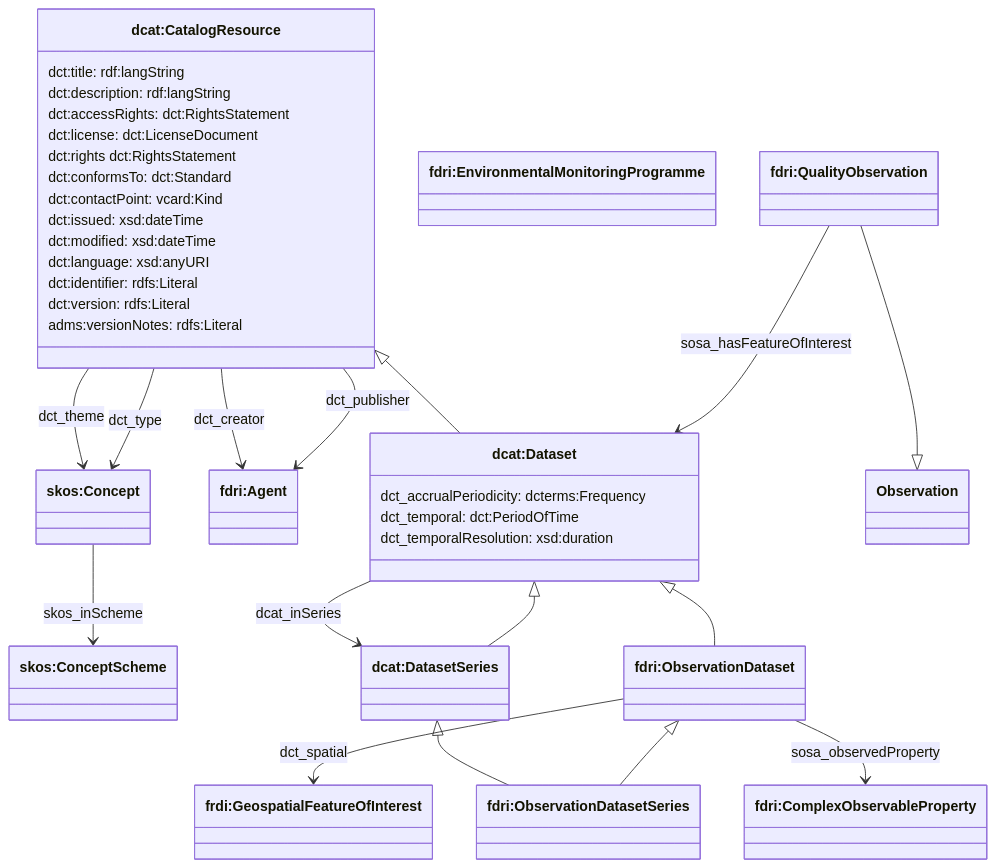
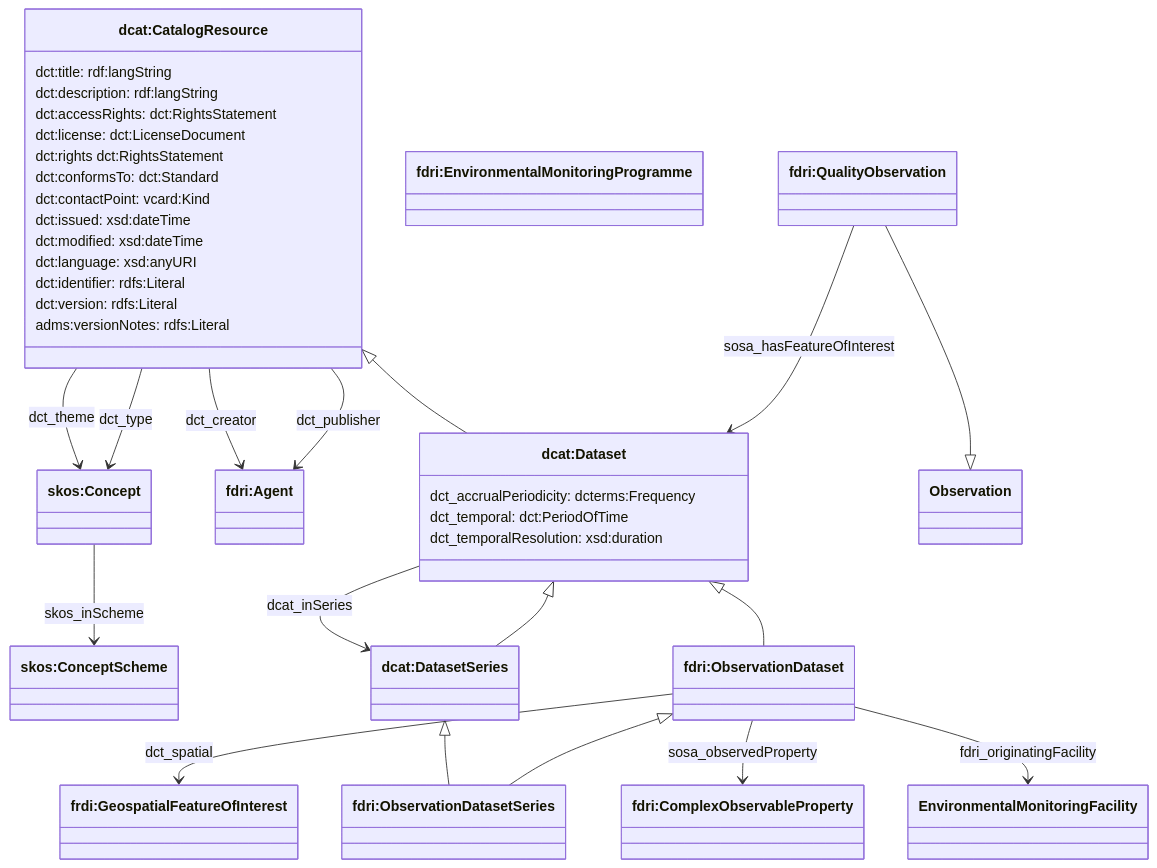
One commit to NERC-CEH/fdri-ontology changed the third of 3 diagrams in ontology/doc/high-level-catalog-structure.md. Above: the diagram before and after it, drawn with Mermaid. The commit also changed other lines of this file and 2 other files, not shown here.

Commit message:
Add fdri:originatingFacility property to ObservationDataset

````diff
--- a/ontology/doc/high-level-catalog-structure.md
+++ b/ontology/doc/high-level-catalog-structure.md
@@ -111,54 +113,55 @@
 ```mermaid
   classDiagram
   class CatalogResource["dcat:CatalogResource"]
   class Concept["skos:Concept"]
   class ConceptScheme["skos:ConceptScheme"]
   class ObservedProperty["fdri:ComplexObservableProperty"]
   class Program["fdri:EnvironmentalMonitoringProgramme"]
   class Agent["fdri:Agent"]
   class GeospatialFeatureOfInterest["frdi:GeospatialFeatureOfInterest"]
   class QualityObservation["fdri:QualityObservation"]
   class Dataset["dcat:Dataset"]
   class ObservationDataset["fdri:ObservationDataset"]
   class ObservationDatasetSeries["fdri:ObservationDatasetSeries"]
   class DatasetSeries["dcat:DatasetSeries"]
   class Dataset {
     dct_accrualPeriodicity: dcterms:Frequency
     dct_temporal: dct:PeriodOfTime
     dct_temporalResolution: xsd:duration
   }
   class CatalogResource {
     dct:title: rdf:langString
     dct:description: rdf:langString
 
     dct:accessRights: dct:RightsStatement
     dct:license: dct:LicenseDocument
     dct:rights dct:RightsStatement
 
     dct:conformsTo: dct:Standard
     dct:contactPoint: vcard:Kind
     dct:issued: xsd:dateTime
     dct:modified: xsd:dateTime
     dct:language: xsd:anyURI
     dct:identifier: rdfs:Literal
 
     dct:version: rdfs:Literal
     adms:versionNotes: rdfs:Literal
   }
 
   CatalogResource <|-- Dataset
   Concept --> ConceptScheme: skos_inScheme
   ObservationDataset --> GeospatialFeatureOfInterest : dct_spatial
   Dataset <|-- ObservationDataset
   DatasetSeries <|-- ObservationDatasetSeries
   ObservationDataset <|-- ObservationDatasetSeries
   CatalogResource --> Concept: dct_theme
   ObservationDataset --> ObservedProperty: sosa_observedProperty
+  ObservationDataset --> EnvironmentalMonitoringFacility: fdri_originatingFacility
   CatalogResource --> Agent: dct_creator
   CatalogResource --> Agent: dct_publisher
   DatasetSeries --|> Dataset
   Dataset --> DatasetSeries: dcat_inSeries
   CatalogResource --> Concept: dct_type
   QualityObservation --|> Observation
   QualityObservation --> Dataset: sosa_hasFeatureOfInterest
 ```
````
